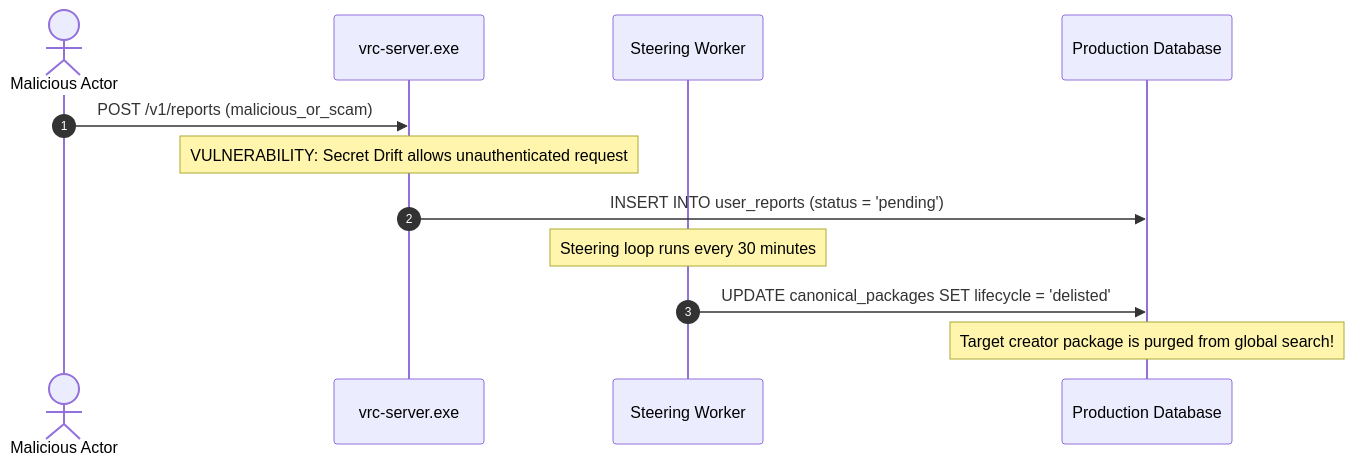
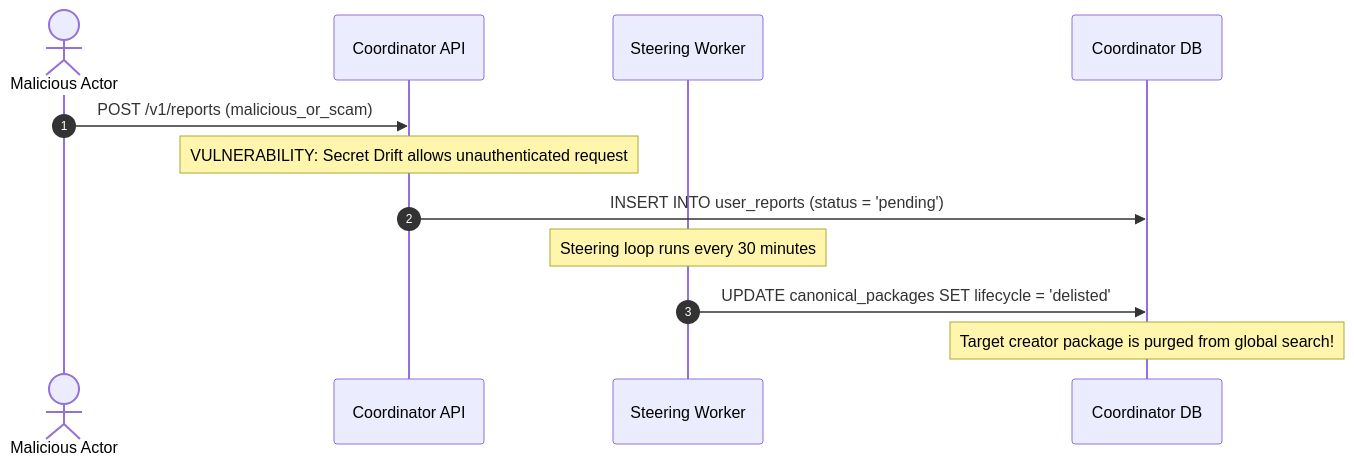
Before and after one commit to SlamTheDragon/vrc-package-crawler: the second of 2 diagrams in docs/research/topics/09_telemetry_governance_and_curator_steering.md, drawn with Mermaid. The commit also changed 35 other files, not shown here.

````diff
--- a/docs/research/topics/09_telemetry_governance_and_curator_steering.md
+++ b/docs/research/topics/09_telemetry_governance_and_curator_steering.md
@@ -101,15 +101,15 @@
 ```mermaid
 sequenceDiagram
     autonumber
     actor Attacker as Malicious Actor
-    participant Server as vrc-server.exe
+    participant Server as Coordinator API
     participant Steering as Steering Worker
-    participant DB as Production Database
+    participant DB as Coordinator DB
 
     Attacker->>Server: POST /v1/reports (malicious_or_scam)
     Note over Server: VULNERABILITY: Secret Drift allows unauthenticated request
     Server->>DB: INSERT INTO user_reports (status = 'pending')
     Note over Steering: Steering loop runs every 30 minutes
     Steering->>DB: UPDATE canonical_packages SET lifecycle = 'delisted'
     Note over DB: Target creator package is purged from global search!
 ```
````
